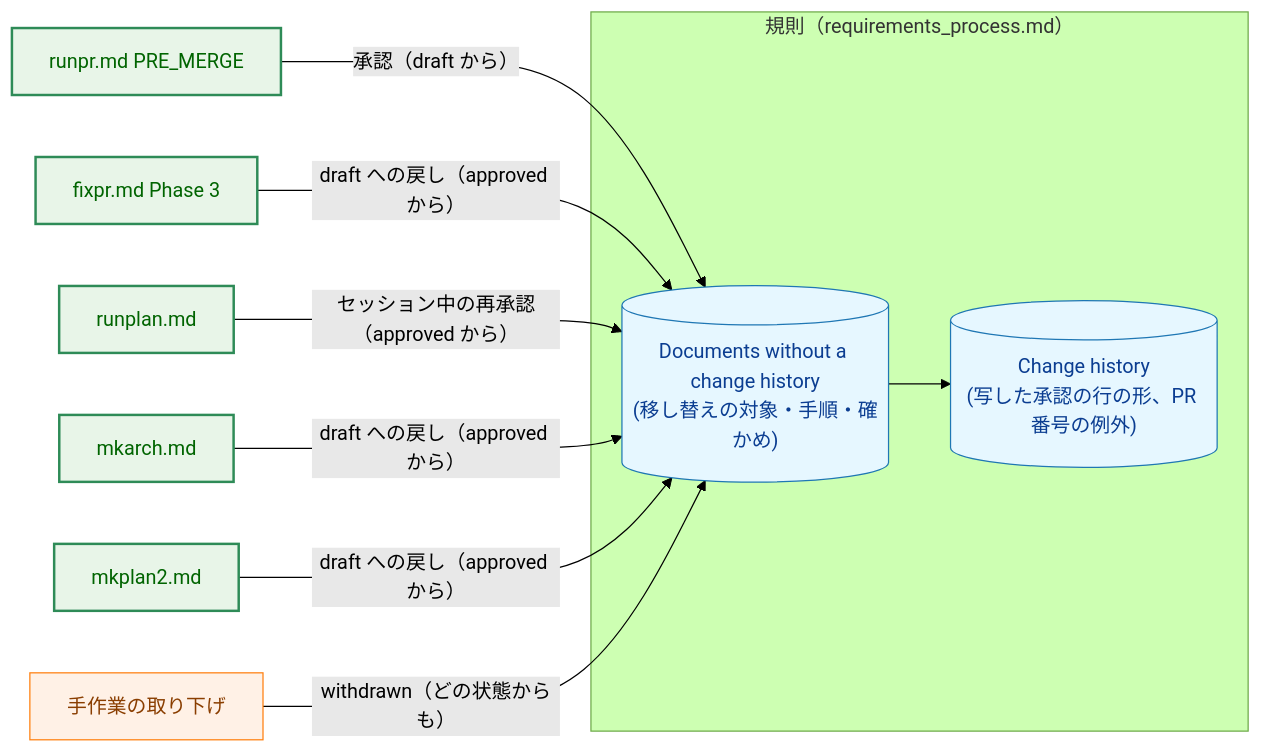
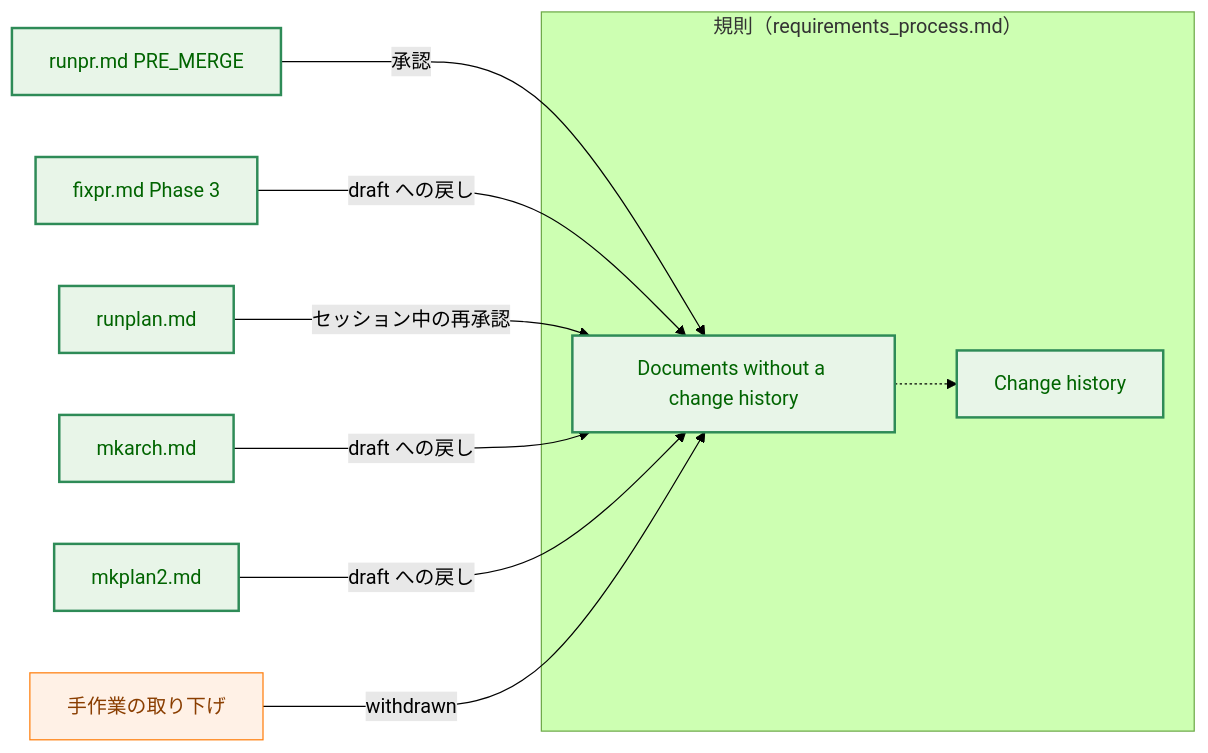
One commit to isseis/yt2column changed the third of 9 diagrams in docs/tasks/0056_legacy_approval_history/02_architecture.md. Above: the diagram before and after it, drawn with Mermaid (forest theme). The commit also changed other lines of this file, not shown here.

First line of the commit message:
docs(0056): address the architecture and prose reviews

````diff
--- a/docs/tasks/0056_legacy_approval_history/02_architecture.md
+++ b/docs/tasks/0056_legacy_approval_history/02_architecture.md
@@ -93,30 +98,28 @@
 ```mermaid
 flowchart LR
-    classDef data fill:#e6f7ff,stroke:#1f77b4,stroke-width:1px,color:#0b3d91;
     classDef process fill:#fff1e6,stroke:#ff7f0e,stroke-width:1px,color:#8a3e00;
     classDef enhanced fill:#e8f5e8,stroke:#2e8b57,stroke-width:2px,color:#006400;
 
     subgraph RULE["規則（requirements_process.md）"]
-        MIG[("Documents without a change history<br>(移し替えの対象・手順・確かめ)")]
-        CH[("Change history<br>(写した承認の行の形、PR 番号の例外)")]
+        MIG["Documents without a change history"]
+        CH["Change history"]
     end
 
     PREMERGE["runpr.md PRE_MERGE"]
     FIXPR["fixpr.md Phase 3"]
     RUNPLAN["runplan.md"]
     MKARCH["mkarch.md"]
     MKPLAN2["mkplan2.md"]
     HUMAN["手作業の取り下げ"]
 
-    PREMERGE -->|"承認（draft から）"| MIG
-    FIXPR -->|"draft への戻し（approved から）"| MIG
-    RUNPLAN -->|"セッション中の再承認（approved から）"| MIG
-    MKARCH -->|"draft への戻し（approved から）"| MIG
-    MKPLAN2 -->|"draft への戻し（approved から）"| MIG
-    HUMAN -->|"withdrawn（どの状態からも）"| MIG
-    MIG --> CH
+    PREMERGE -->|"承認"| MIG
+    FIXPR -->|"draft への戻し"| MIG
+    RUNPLAN -->|"セッション中の再承認"| MIG
+    MKARCH -->|"draft への戻し"| MIG
+    MKPLAN2 -->|"draft への戻し"| MIG
+    HUMAN -->|"withdrawn"| MIG
+    MIG -.-> CH
 
-    class MIG,CH data
-    class PREMERGE,FIXPR,RUNPLAN,MKARCH,MKPLAN2 enhanced
+    class MIG,CH,PREMERGE,FIXPR,RUNPLAN,MKARCH,MKPLAN2 enhanced
     class HUMAN process
 ```
````
